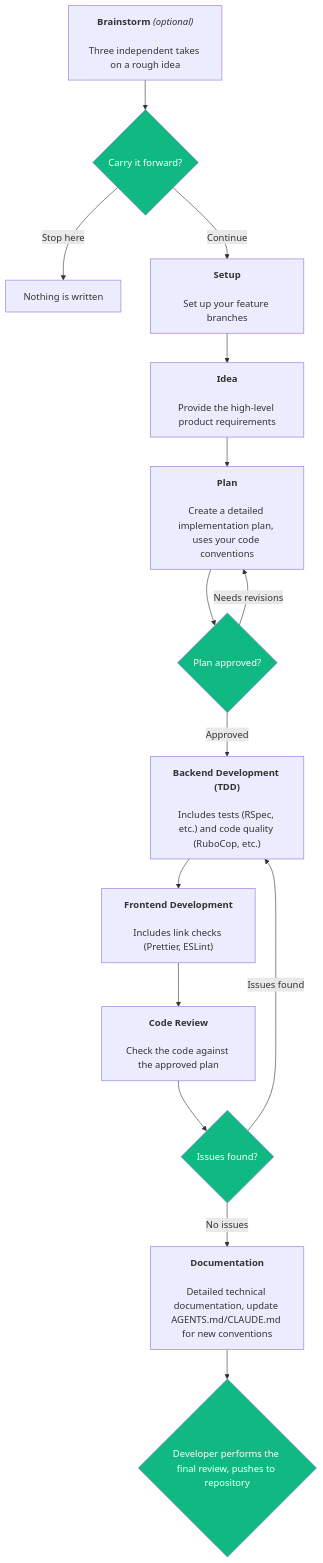
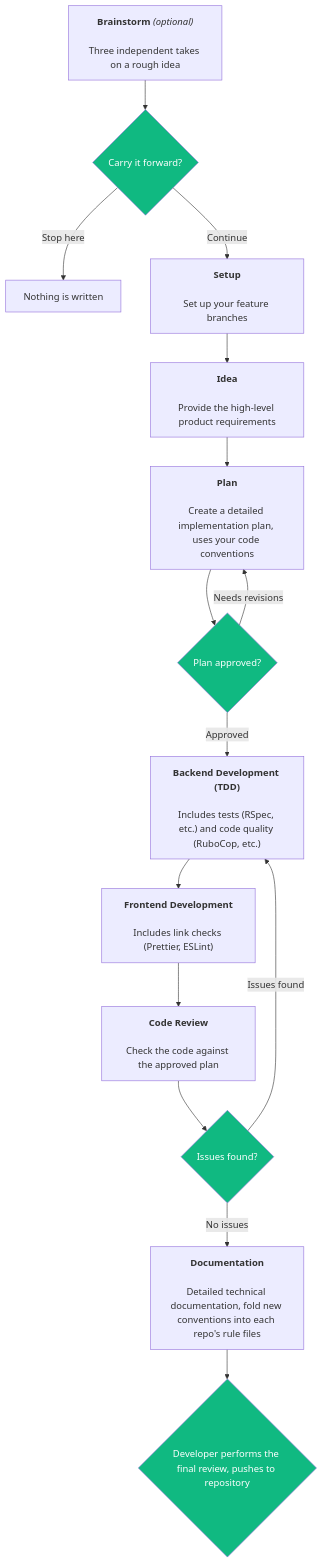
Before and after one commit to marvs/kantan-dev: the diagram in README.md, drawn with Mermaid. The commit also changed other lines of this file and 10 other files, not shown here.

````diff
--- a/README.md
+++ b/README.md
@@ -5,21 +5,21 @@
 ```mermaid
 flowchart TD
     Z["<b>Brainstorm</b> <i>(optional)</i><br/><br/>Three independent takes on a rough idea"] --> G0{"Carry it forward?"}
     G0 -->|Stop here| Z1["Nothing is written"]
     G0 -->|Continue| A
     A["<b>Setup</b><br/><br/>Set up your feature branches"] --> B["<b>Idea</b><br/><br/>Provide the high-level product requirements"]
     B --> C["<b>Plan</b><br/><br/>Create a detailed implementation plan, uses your code conventions"]
     C --> G1{"Plan approved?"}
     G1 -->|Needs revisions| C
     G1 -->|Approved| D["<b>Backend Development (TDD)</b><br/><br/>Includes tests (RSpec, etc.) and code quality (RuboCop, etc.)"]
     D --> E["<b>Frontend Development</b><br/><br/>Includes link checks (Prettier, ESLint)"]
     E --> R["<b>Code Review</b><br/><br/>Check the code against the approved plan"]
     R --> G2{"Issues found?"}
     G2 -->|Issues found| D
-    G2 -->|No issues| F["<b>Documentation</b><br/><br/>Detailed technical documentation, update AGENTS.md/CLAUDE.md for new conventions"]
+    G2 -->|No issues| F["<b>Documentation</b><br/><br/>Detailed technical documentation, fold new conventions into each repo's rule files"]
     F --> G3{"Developer performs the final review, pushes to repository"}
     style G0 fill:#10B981,color:#fff
     style G1 fill:#10B981,color:#fff
     style G2 fill:#10B981,color:#fff
     style G3 fill:#10B981,color:#fff
 ```
````
